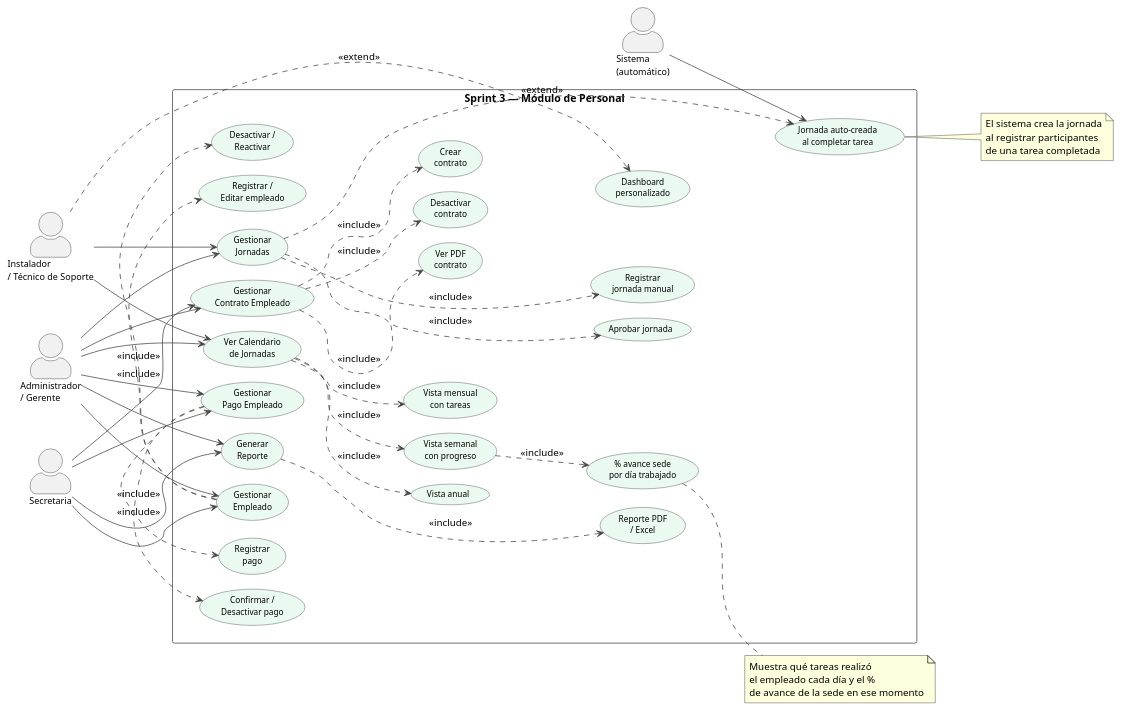
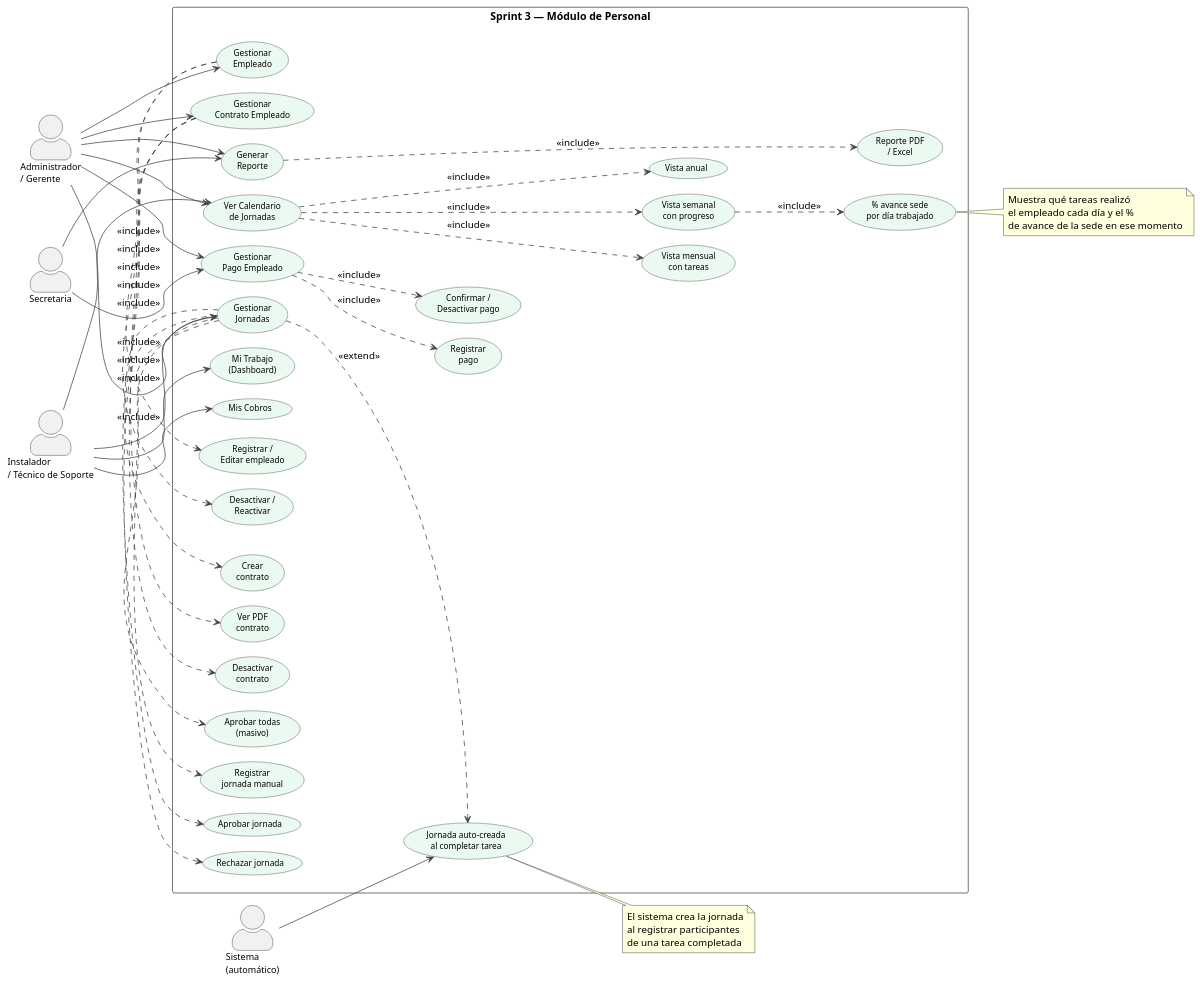
One commit to AmandaChoque/MVCProjets changed the diagram in uc_modulo_empleados.puml. Above: the diagram before and after it, drawn with PlantUML. The commit also changed 48 other files, not shown here.

```diff
--- a/uc_modulo_empleados.puml
+++ b/uc_modulo_empleados.puml
@@ -1,137 +1,149 @@
 @startuml uc_modulo_empleados
 
 left to right direction
 
 skinparam actorStyle awesome
 skinparam packageStyle rectangle
 skinparam backgroundColor #FFFFFF
 skinparam usecaseBackgroundColor #EAFAF1
 skinparam usecaseBorderColor #333
 skinparam usecaseFontSize 11
 skinparam actorFontSize 12
 skinparam packageBorderColor #444
 skinparam packageBackgroundColor #FFFFFF
 skinparam packageFontStyle bold
 skinparam arrowColor #444444
 skinparam nodesep 20
 skinparam ranksep 60
 
 ' ── ACTORES ──────────────────────────────────────
 actor "Administrador\n/ Gerente"         as ADM
 actor "Secretaria"                       as SEC
 actor "Instalador\n/ Técnico de Soporte" as CAMPO
 actor "Sistema\n(automático)"            as SIS
 
 rectangle "Sprint 3 — Módulo de Personal" {
 
-  ' ── COLUMNA 1: UCs principales (mismo rango) ──
+  ' ── COLUMNA 1: UCs principales ──
   together {
     usecase "Gestionar\nEmpleado"          as UC1
     usecase "Gestionar\nContrato Empleado" as UC2
     usecase "Gestionar\nJornadas"          as UC3
     usecase "Gestionar\nPago Empleado"     as UC4
     usecase "Ver Calendario\nde Jornadas"  as UC5
     usecase "Generar\nReporte"             as UC6
+    usecase "Mi Trabajo\n(Dashboard)"      as UC7
+    usecase "Mis Cobros"                   as UC8
   }
 
-  ' ── COLUMNA 2: sub-casos, un grupo por UC ─────
+  ' ── SUBCASOS EMPLEADO ──
   together {
     usecase "Registrar /\nEditar empleado" as S1
     usecase "Desactivar /\nReactivar"      as S2
   }
+
+  ' ── SUBCASOS CONTRATO ──
   together {
     usecase "Crear\ncontrato"      as S3
     usecase "Ver PDF\ncontrato"    as S4
     usecase "Desactivar\ncontrato" as S5
   }
+
+  ' ── SUBCASOS JORNADAS ──
   together {
-    usecase "Registrar\njornada manual"    as S6
-    usecase "Aprobar jornada"  as S7
-  
+    usecase "Registrar\njornada manual" as S6
+    usecase "Aprobar jornada"           as S7
+    usecase "Rechazar jornada"          as S8
+    usecase "Aprobar todas\n(masivo)"   as S9
   }
+
+  ' ── SUBCASOS PAGOS ──
   together {
     usecase "Registrar\npago"              as S10
     usecase "Confirmar /\nDesactivar pago" as S11
   }
+
+  ' ── SUBCASOS CALENDARIO ──
   together {
     usecase "Vista mensual\ncon tareas"   as S12
     usecase "Vista semanal\ncon progreso" as S13
     usecase "Vista anual"                 as S14
   }
+
+  ' ── SUBCASOS REPORTE ──
   together {
     usecase "Reporte PDF\n/ Excel" as S15
   }
 
   ' flechas ocultas: mantienen el orden vertical entre grupos
   S2  -[hidden]-> S3
   S5  -[hidden]-> S6
+  S9  -[hidden]-> S10
   S11 -[hidden]-> S12
   S14 -[hidden]-> S15
 
-  ' ── COLUMNA 3: sub-sub-casos automáticos ──────
+  ' ── AUTOMÁTICOS ──
   usecase "Jornada auto-creada\nal completar tarea" as S16
-  usecase "Dashboard\npersonalizado"                as S17
-  usecase "% avance sede\npor día trabajado"        as S18
+  usecase "% avance sede\npor día trabajado"        as S17
 
   S6  -[hidden]-> S16
-  S12 -[hidden]-> S17
-  S13 -[hidden]-> S18
+  S13 -[hidden]-> S17
 }
 
-' ── ACTORES → columna 1 ──────────────────────────
+' ── ACTORES → UCs principales ──────────────────────
 ADM   --> UC1
 ADM   --> UC2
 ADM   --> UC3
 ADM   --> UC4
 ADM   --> UC5
 ADM   --> UC6
 
-SEC   --> UC1
-SEC   --> UC2
 SEC   --> UC4
 SEC   --> UC6
 
 CAMPO --> UC3
 CAMPO --> UC5
+CAMPO --> UC7
+CAMPO --> UC8
 
 SIS   --> S16
 
-' ── INCLUDE columna 1 → columna 2 ────────────────
+' ── INCLUDE columna 1 → subcasos ────────────────────
 UC1 .> S1  : <<include>>
 UC1 .> S2  : <<include>>
 
 UC2 .> S3  : <<include>>
 UC2 .> S4  : <<include>>
 UC2 .> S5  : <<include>>
 
 UC3 .> S6  : <<include>>
 UC3 .> S7  : <<include>>
-
+UC3 .> S8  : <<include>>
+UC3 .> S9  : <<include>>
 
 UC4 .> S10 : <<include>>
 UC4 .> S11 : <<include>>
 
 UC5 .> S12 : <<include>>
 UC5 .> S13 : <<include>>
 UC5 .> S14 : <<include>>
 
 UC6 .> S15 : <<include>>
 
 ' ── EXTEND / automáticos ──────────────────────────
-UC3   .> S16 : <<extend>>
-CAMPO .> S17 : <<extend>>
-S13   .> S18 : <<include>>
+UC3 .> S16 : <<extend>>
+S13 .> S17 : <<include>>
 
 note right of S16
   El sistema crea la jornada
   al registrar participantes
   de una tarea completada
 end note
 
-note right of S18
+note right of S17
   Muestra qué tareas realizó
   el empleado cada día y el %
   de avance de la sede en ese momento
 end note
 
 @enduml
```
